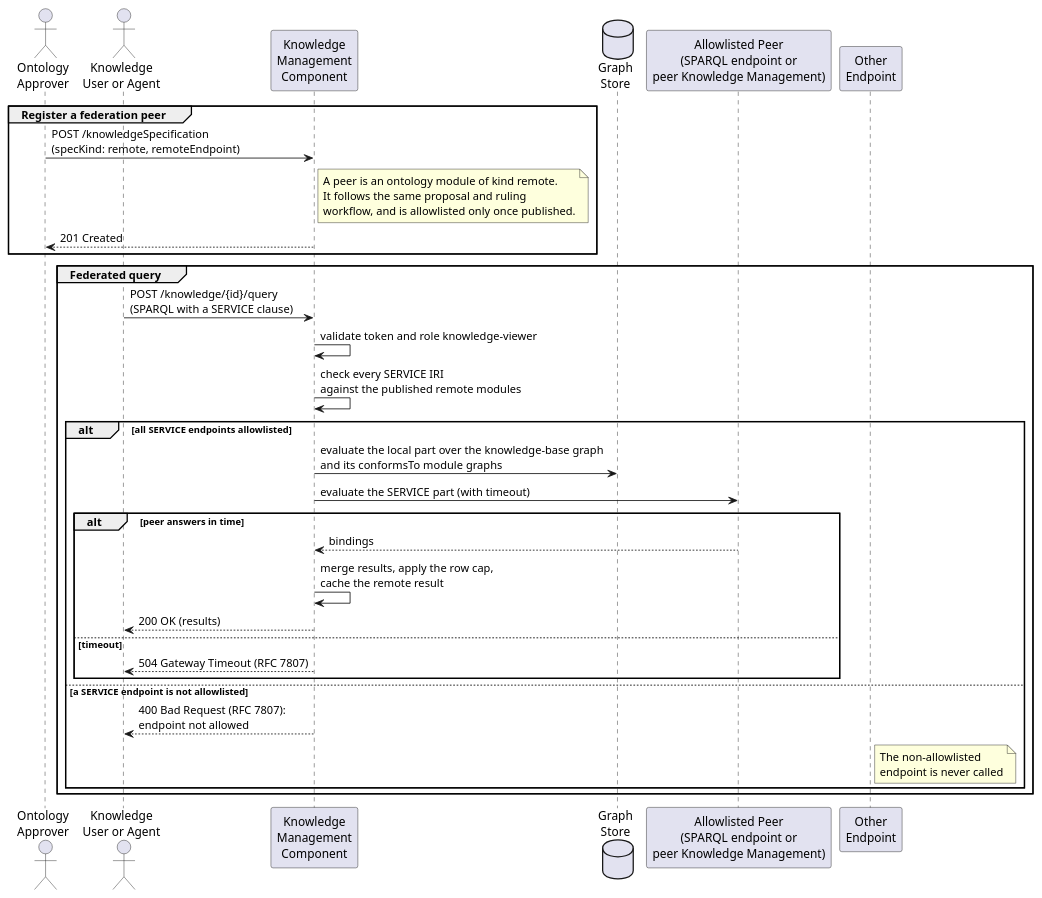
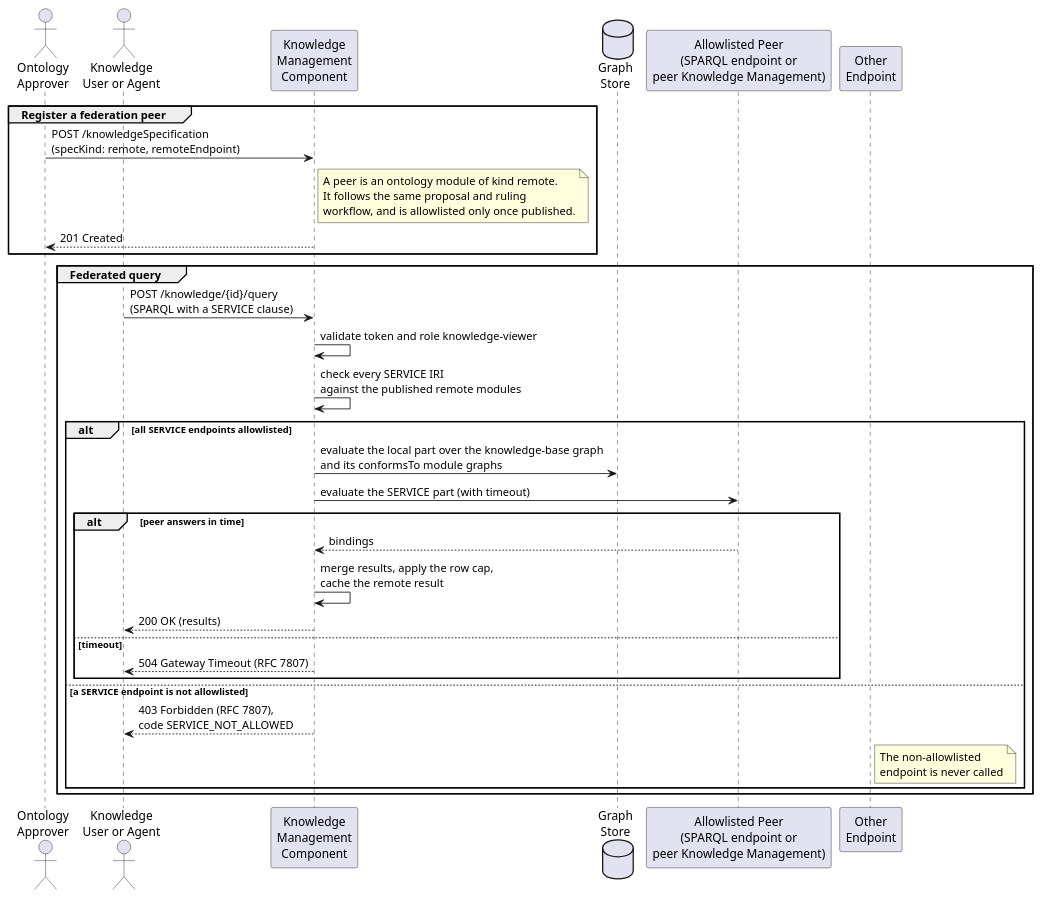
Before and after one commit to hw-irc-sni/oda-canvas: the diagram in usecase-library/pumlFiles/knowledge-query-federation.puml, drawn with PlantUML. The commit also changed 2 other files, not shown here.

```diff
--- a/usecase-library/pumlFiles/knowledge-query-federation.puml
+++ b/usecase-library/pumlFiles/knowledge-query-federation.puml
@@ -1,43 +1,43 @@
 @startuml knowledge-query-federation
 
 actor "Ontology\nApprover" as Approver
 actor "Knowledge\nUser or Agent" as User
 participant "Knowledge\nManagement\nComponent" as KM
 database "Graph\nStore" as Graph
 participant "Allowlisted Peer\n(SPARQL endpoint or\npeer Knowledge Management)" as Peer
 participant "Other\nEndpoint" as Other
 
 group Register a federation peer
     Approver -> KM : POST /knowledgeSpecification\n(specKind: remote, remoteEndpoint)
     note right of KM
         A peer is an ontology module of kind remote.
         It follows the same proposal and ruling
         workflow, and is allowlisted only once published.
     end note
     KM --> Approver : 201 Created
 end
 
 group Federated query
     User -> KM : POST /knowledge/{id}/query\n(SPARQL with a SERVICE clause)
     KM -> KM : validate token and role knowledge-viewer
     KM -> KM : check every SERVICE IRI\nagainst the published remote modules
     alt all SERVICE endpoints allowlisted
         KM -> Graph : evaluate the local part over the knowledge-base graph\nand its conformsTo module graphs
         KM -> Peer : evaluate the SERVICE part (with timeout)
         alt peer answers in time
             Peer --> KM : bindings
             KM -> KM : merge results, apply the row cap,\ncache the remote result
             KM --> User : 200 OK (results)
         else timeout
             KM --> User : 504 Gateway Timeout (RFC 7807)
         end
     else a SERVICE endpoint is not allowlisted
-        KM --> User : 400 Bad Request (RFC 7807):\nendpoint not allowed
+        KM --> User : 403 Forbidden (RFC 7807),\ncode SERVICE_NOT_ALLOWED
         note right of Other
             The non-allowlisted
             endpoint is never called
         end note
     end
 end
 
 @enduml
```
